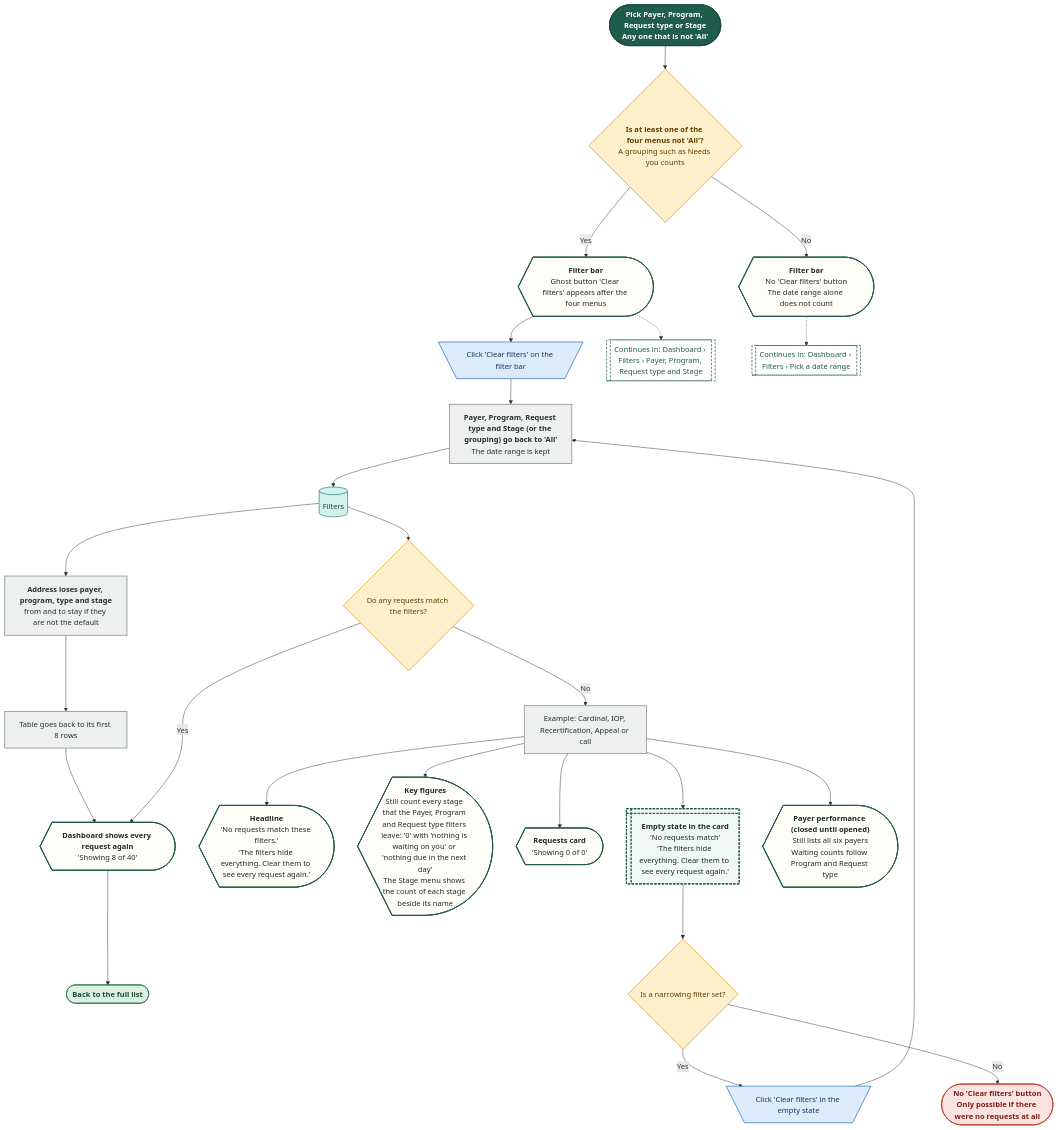
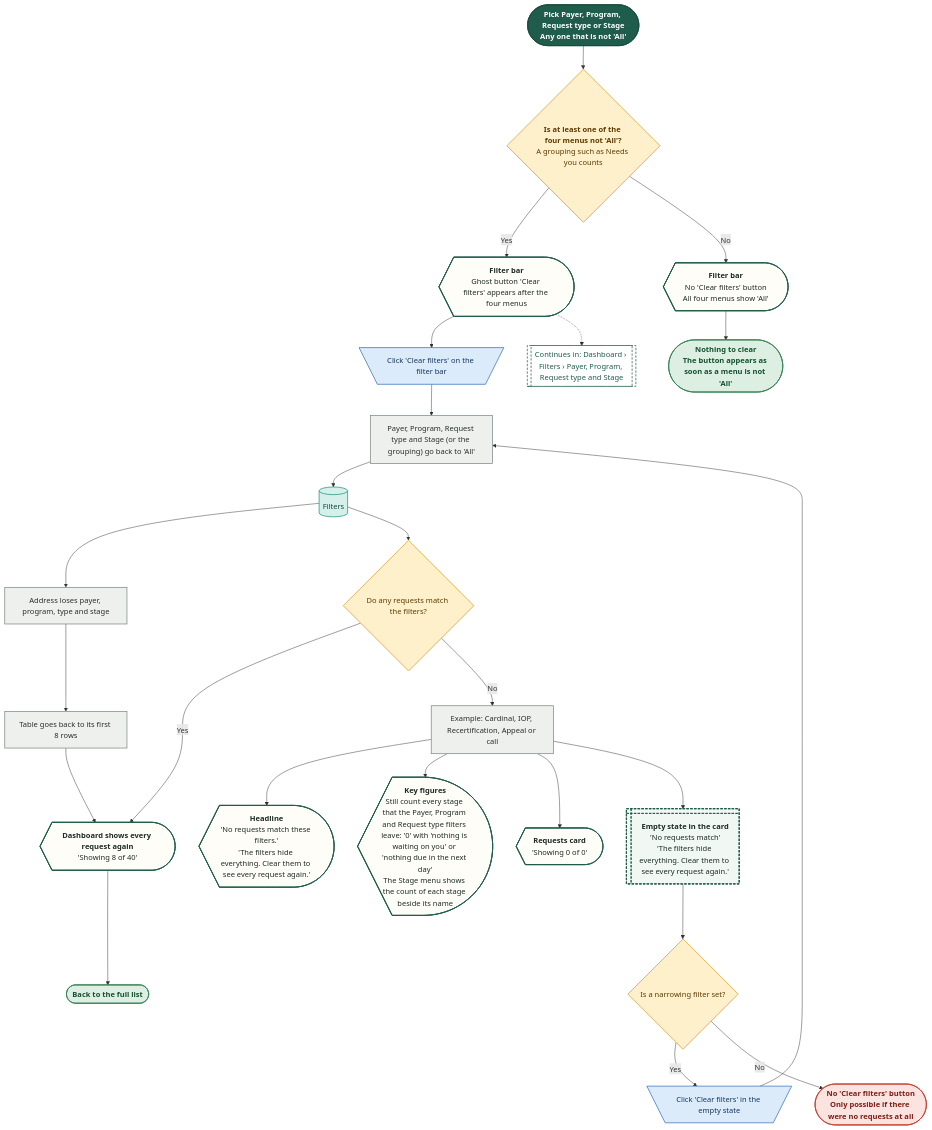
The diagram in demos/prior-auth-demo/workflows/out/mmd/02-dashboard/40-clear-filters-and-empty-states.mmd (Shrav143/psyfloapp), drawn with Mermaid before and after one commit. The commit also changed 36 other files, not shown here.

First line of the commit message:
docs: diagrams and docs follow the removal of stage help, payer performance and the date range (242 diagrams)

```diff
--- a/demos/prior-auth-demo/workflows/out/mmd/02-dashboard/40-clear-filters-and-empty-states.mmd
+++ b/demos/prior-auth-demo/workflows/out/mmd/02-dashboard/40-clear-filters-and-empty-states.mmd
@@ -1,62 +1,61 @@
 %%{init: {"theme":"base","themeVariables":{"fontFamily":"'DM Sans', 'Segoe UI', system-ui, sans-serif","fontSize":"15px","lineColor":"#5B6B63","primaryTextColor":"#1C2B25","clusterBkg":"#FBF8F3","clusterBorder":"#D9CDBB","edgeLabelBackground":"#FFFFFF"},"flowchart":{"curve":"basis","nodeSpacing":36,"rankSpacing":48,"padding":12,"htmlLabels":true,"useMaxWidth":false,"wrappingWidth":230}} }%%
 flowchart TD
   classDef k_start fill:#1F5C4B,stroke:#174638,color:#FFFFFF,stroke-width:1.5px,font-weight:600
   classDef k_end fill:#DDEFE3,stroke:#2E7D4F,color:#14502F,stroke-width:1.5px,font-weight:600
   classDef k_endx fill:#FBE3E0,stroke:#C0392B,color:#7A1F16,stroke-width:1.5px,font-weight:600
   classDef k_screen fill:#FFFDF8,stroke:#1F5C4B,color:#1C2B25,stroke-width:2px
   classDef k_overlay fill:#F1F7F3,stroke:#1F5C4B,color:#1C2B25,stroke-width:2px,stroke-dasharray:5 3
   classDef k_click fill:#DCEBFA,stroke:#2F6DB5,color:#12365F,stroke-width:1.5px
   classDef k_input fill:#E4E7FF,stroke:#4C5FD5,color:#1D2670,stroke-width:1.5px
   classDef k_process fill:#EEF0EE,stroke:#7A857F,color:#26302B,stroke-width:1.5px
   classDef k_agent fill:#EEE5FA,stroke:#7A4FC2,color:#341A63,stroke-width:1.5px
   classDef k_decision fill:#FFF0CC,stroke:#D9962B,color:#5C3B00,stroke-width:1.5px
   classDef k_store fill:#D5F0EA,stroke:#1C8E7B,color:#0B4A3F,stroke-width:1.5px
   classDef k_doc fill:#F6E9DC,stroke:#B07A4C,color:#4A2E14,stroke-width:1.5px
   classDef k_ext fill:#FFE6D2,stroke:#E07B39,color:#6B2F06,stroke-width:1.5px
   classDef k_wait fill:#E4E8EE,stroke:#6B7C93,color:#26303D,stroke-width:1.5px
   classDef k_toast fill:#FFF9DB,stroke:#C9A400,color:#5A4A00,stroke-width:1.5px
   classDef k_goto fill:#FFFFFF,stroke:#1F5C4B,color:#1F5C4B,stroke-width:1.5px,stroke-dasharray:5 3
   s1@{ shape: stadium, label: "<b>Pick Payer, Program, Request type or Stage</b><br/>Any one that is not 'All'" }
   d1@{ shape: diam, label: "<b>Is at least one of the four menus not 'All'?</b><br/>A grouping such as Needs you counts" }
   sc1@{ shape: curv-trap, label: "<b>Filter bar</b><br/>Ghost button 'Clear filters' appears after the four menus" }
-  sc0@{ shape: curv-trap, label: "<b>Filter bar</b><br/>No 'Clear filters' button<br/>The date range alone does not count" }
+  sc0@{ shape: curv-trap, label: "<b>Filter bar</b><br/>No 'Clear filters' button<br/>All four menus show 'All'" }
   c1@{ shape: trap-t, label: "Click 'Clear filters' on the filter bar" }
-  p1@{ shape: rect, label: "<b>Payer, Program, Request type and Stage (or the grouping) go back to 'All'</b><br/>The date range is kept" }
+  p1@{ shape: rect, label: "Payer, Program, Request type and Stage (or the grouping) go back to 'All'" }
   w1@{ shape: cyl, label: "Filters" }
-  p2@{ shape: rect, label: "<b>Address loses payer, program, type and stage</b><br/>from and to stay if they are not the default" }
+  p2@{ shape: rect, label: "Address loses payer, program, type and stage" }
   p3@{ shape: rect, label: "Table goes back to its first 8 rows" }
   sc2@{ shape: curv-trap, label: "<b>Dashboard shows every request again</b><br/>'Showing 8 of 40'" }
   e1@{ shape: stadium, label: "Back to the full list" }
+  e0@{ shape: stadium, label: "<b>Nothing to clear</b><br/>The button appears as soon as a menu is not 'All'" }
   d2@{ shape: diam, label: "Do any requests match the filters?" }
   p4@{ shape: rect, label: "Example: Cardinal, IOP, Recertification, Appeal or call" }
   em1@{ shape: curv-trap, label: "<b>Headline</b><br/>'No requests match these filters.'<br/>'The filters hide everything. Clear them to see every request again.'" }
   em2@{ shape: curv-trap, label: "<b>Key figures</b><br/>Still count every stage that the Payer, Program and Request type filters leave: '0' with 'nothing is waiting on you' or 'nothing due in the next day'<br/>The Stage menu shows the count of each stage beside its name" }
   em3@{ shape: curv-trap, label: "<b>Requests card</b><br/>'Showing 0 of 0'" }
   em4@{ shape: win-pane, label: "<b>Empty state in the card</b><br/>'No requests match'<br/>'The filters hide everything. Clear them to see every request again.'" }
   d3@{ shape: diam, label: "Is a narrowing filter set?" }
   c2@{ shape: trap-t, label: "Click 'Clear filters' in the empty state" }
-  em5@{ shape: curv-trap, label: "<b>Payer performance (closed until opened)</b><br/>Still lists all six payers<br/>Waiting counts follow Program and Request type" }
   x1@{ shape: stadium, label: "<b>No 'Clear filters' button</b><br/>Only possible if there were no requests at all" }
   g1@{ shape: subproc, label: "Continues in: Dashboard › Filters › Payer, Program, Request type and Stage" }
-  g2@{ shape: subproc, label: "Continues in: Dashboard › Filters › Pick a date range" }
   s1 --> d1
   d1 -->|"Yes"| sc1 --> c1 --> p1 --> w1 --> p2 --> p3 --> sc2 --> e1
-  d1 -->|"No"| sc0 -.-> g2
+  d1 -->|"No"| sc0 --> e0
   w1 --> d2
   d2 -->|"Yes"| sc2
   d2 -->|"No"| p4
-  p4 --> em1 & em2 & em3 & em4 & em5
+  p4 --> em1 & em2 & em3 & em4
   em4 --> d3
   d3 -->|"Yes"| c2 --> p1
   d3 -->|"No"| x1
   sc1 -.-> g1
   class s1 k_start
   class d1,d2,d3 k_decision
-  class sc1,sc0,sc2,em1,em2,em3,em5 k_screen
+  class sc1,sc0,sc2,em1,em2,em3 k_screen
   class c1,c2 k_click
   class p1,p2,p3,p4 k_process
   class w1 k_store
-  class e1 k_end
+  class e1,e0 k_end
   class em4 k_overlay
   class x1 k_endx
-  class g1,g2 k_goto
+  class g1 k_goto
```
